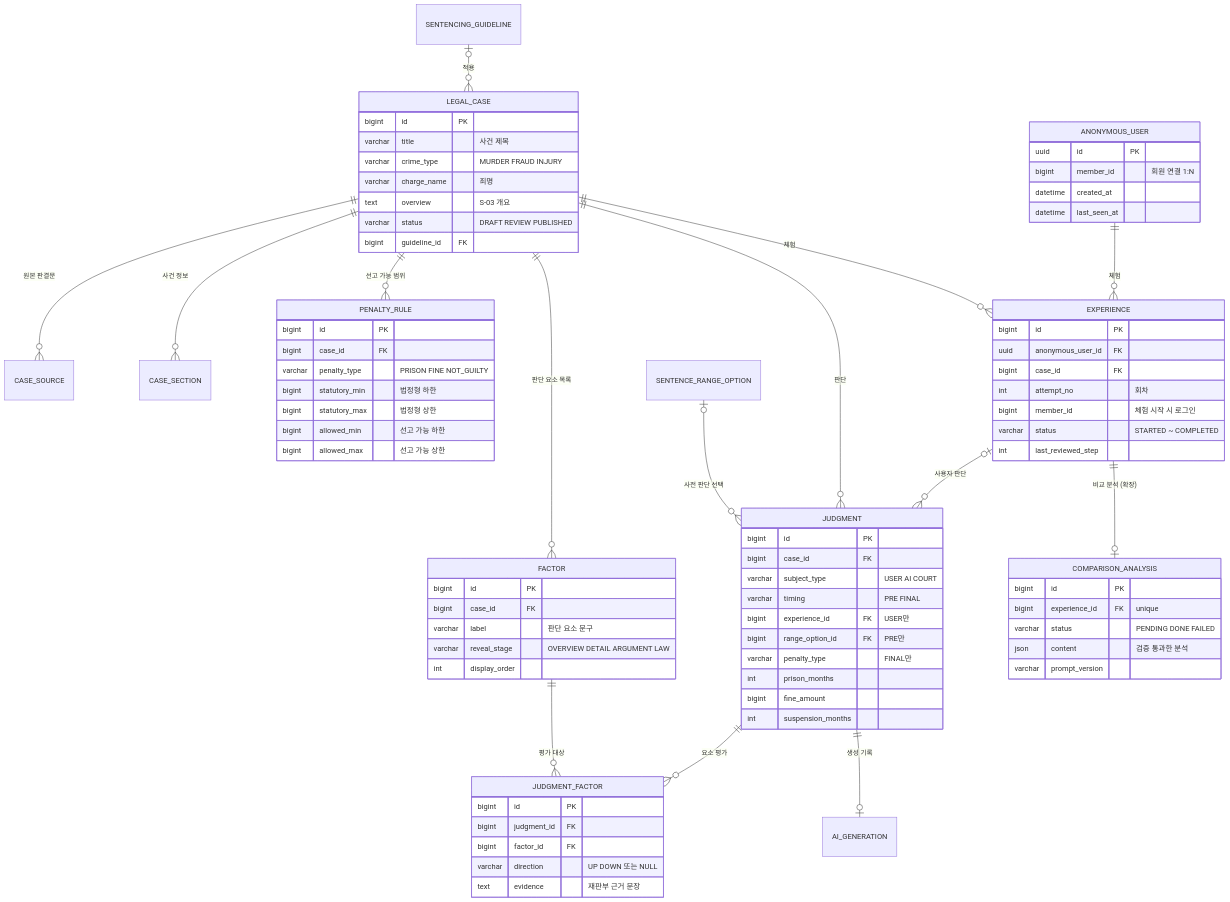
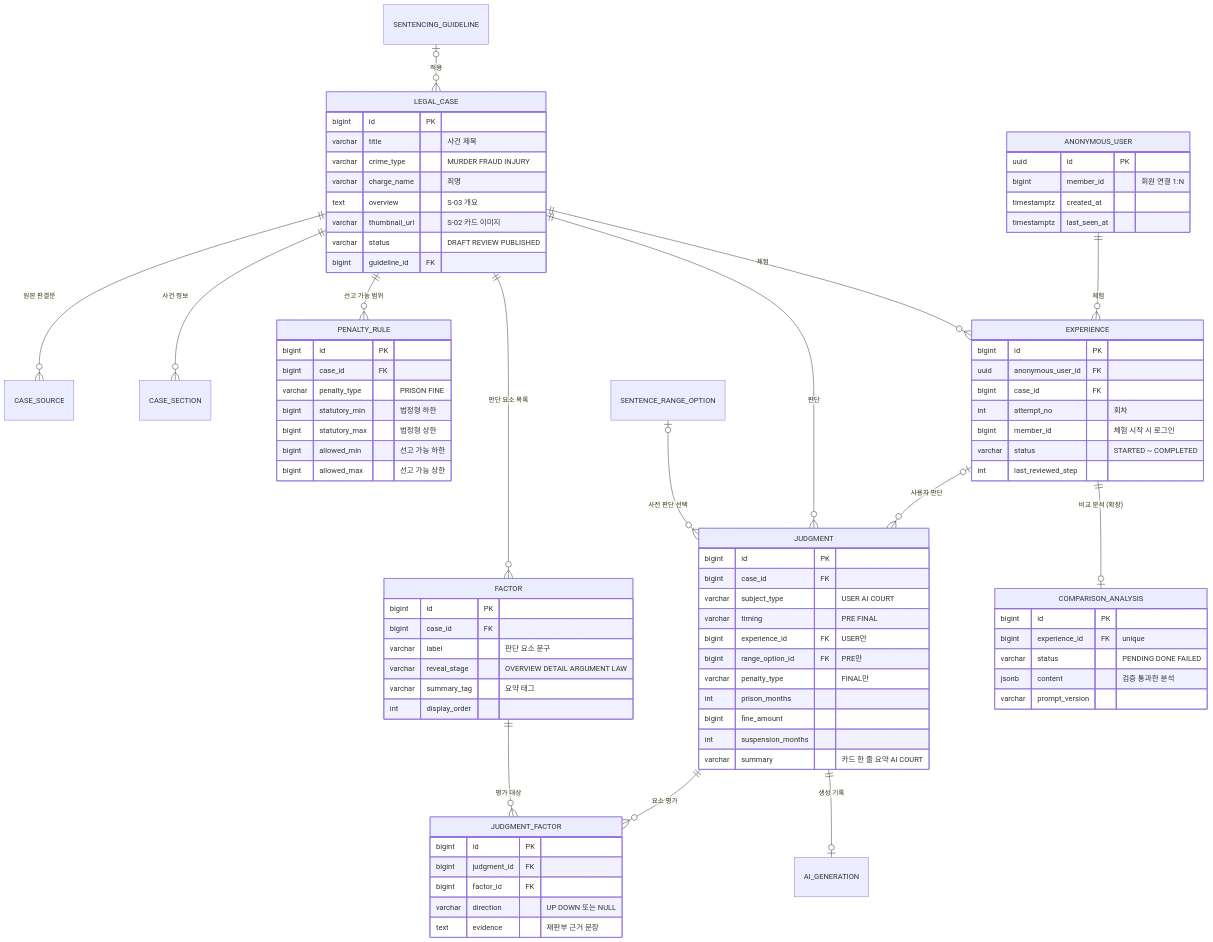
Before and after one commit to prgrms-aibe-devcourse/AIBE7_FinalProject_Team2: the diagram in docs/erd.md, drawn with Mermaid. The commit also changed other lines of this file, not shown here.

Commit message:
docs : COMMON-4 ERD PostgreSQL 기준 정리 및 화면 대응 필드 추가

```diff
--- a/docs/erd.md
+++ b/docs/erd.md
@@ -64,13 +70,14 @@
         varchar crime_type "MURDER FRAUD INJURY"
         varchar charge_name "죄명"
         text overview "S-03 개요"
+        varchar thumbnail_url "S-02 카드 이미지"
         varchar status "DRAFT REVIEW PUBLISHED"
         bigint guideline_id FK
     }
     PENALTY_RULE {
         bigint id PK
         bigint case_id FK
-        varchar penalty_type "PRISON FINE NOT_GUILTY"
+        varchar penalty_type "PRISON FINE"
         bigint statutory_min "법정형 하한"
         bigint statutory_max "법정형 상한"
         bigint allowed_min "선고 가능 하한"
@@ -81,13 +88,14 @@
         bigint case_id FK
         varchar label "판단 요소 문구"
         varchar reveal_stage "OVERVIEW DETAIL ARGUMENT LAW"
+        varchar summary_tag "요약 태그"
         int display_order
     }
     ANONYMOUS_USER {
         uuid id PK
         bigint member_id "회원 연결 1:N"
-        datetime created_at
-        datetime last_seen_at
+        timestamptz created_at
+        timestamptz last_seen_at
     }
     EXPERIENCE {
         bigint id PK
@@ -109,12 +117,13 @@
         int prison_months
         bigint fine_amount
         int suspension_months
+        varchar summary "카드 한 줄 요약 AI COURT"
     }
     COMPARISON_ANALYSIS {
         bigint id PK
         bigint experience_id FK "unique"
         varchar status "PENDING DONE FAILED"
-        json content "검증 통과한 분석"
+        jsonb content "검증 통과한 분석"
         varchar prompt_version
     }
     JUDGMENT_FACTOR {
```
